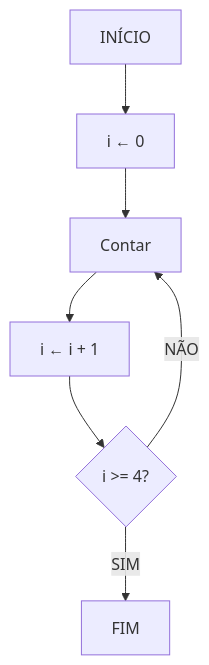
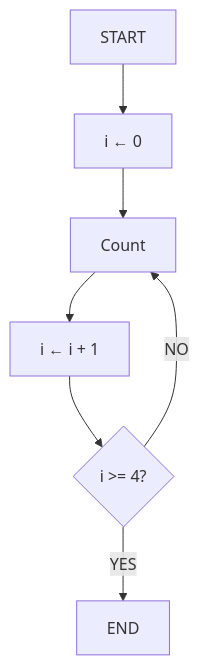
Before and after one commit to ThayronyVonHeld/java-backend-journey: the second of 2 diagrams in Readme - Lessons/fundamentals/Lesson 12 - Repetition Structure (Part 2)/lesson-12-en.md, drawn with Mermaid. The commit also changed other lines of this file and 3 other files, not shown here.

````diff
--- a/Readme - Lessons/fundamentals/Lesson 12 - Repetition Structure (Part 2)/lesson-12-en.md
+++ b/Readme - Lessons/fundamentals/Lesson 12 - Repetition Structure (Part 2)/lesson-12-en.md
@@ -48,9 +48,9 @@
 ```mermaid
 flowchart TD
-    A[INÍCIO] --> B[i ← 0]
-    B --> C[Contar]
+    A[START] --> B[i ← 0]
+    B --> C[Count]
     C --> D[i ← i + 1]
     D --> E{i >= 4?}
-    E -->|NÃO| C
-    E -->|SIM| F[FIM]
+    E -->|NO| C
+    E -->|YES| F[END]
 ```
````
